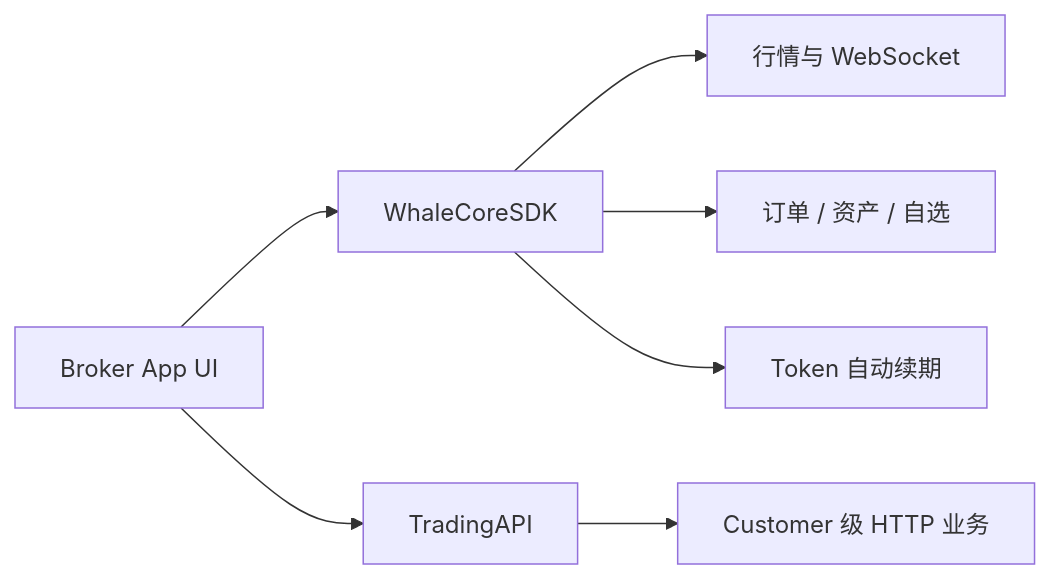
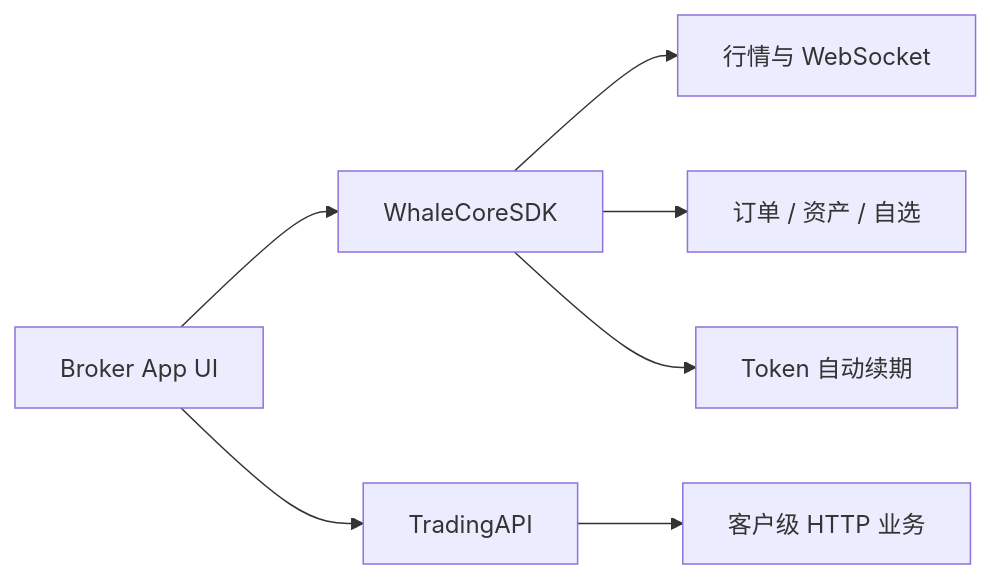
The diagram in docs/zh-CN/whalesdk/whalecore/overview.mdx (longbridge/whale-docs), drawn with Mermaid before and after one commit. The commit also changed other lines of this file and 72 other files, not shown here.

````diff
--- a/docs/zh-CN/whalesdk/whalecore/overview.mdx
+++ b/docs/zh-CN/whalesdk/whalecore/overview.mdx
@@ -33,9 +33,9 @@
 ```mermaid
 flowchart LR
     A[Broker App UI] --> B[WhaleCoreSDK]
     B --> C[行情与 WebSocket]
     B --> D[订单 / 资产 / 自选]
     B --> E[Token 自动续期]
     A --> F[TradingAPI]
-    F --> G[Customer 级 HTTP 业务]
+    F --> G[客户级 HTTP 业务]
 ```
````
